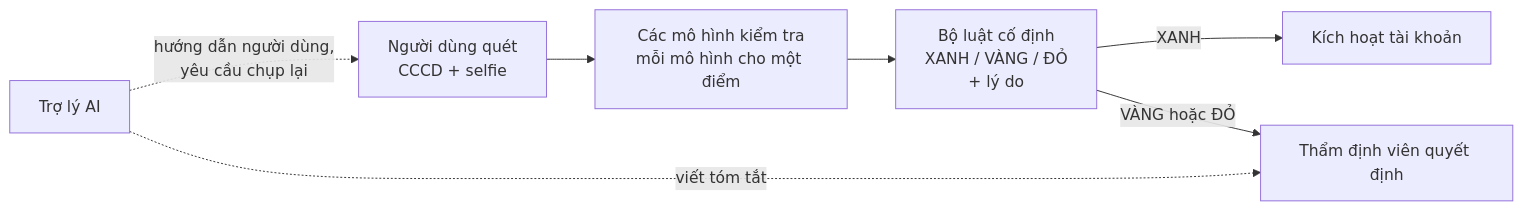
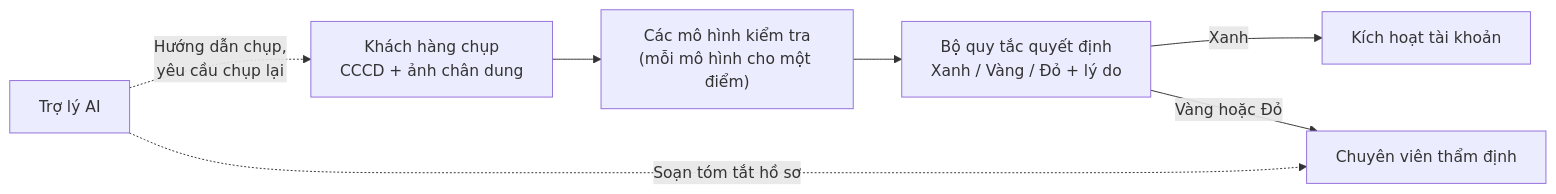
The first of 4 diagrams in README.md (shoxieje/T163-fintech-agentic-kyc-aml-prd), drawn with Mermaid before and after one commit. The commit also changed other lines of this file, not shown here.

````diff
--- a/README.md
+++ b/README.md
@@ -40,9 +50,9 @@
 ```mermaid
 flowchart LR
-  A["Người dùng quét<br/>CCCD + selfie"] --> M["Các mô hình kiểm tra<br/>mỗi mô hình cho một điểm"]
-  M --> P["Bộ luật cố định<br/>XANH / VÀNG / ĐỎ<br/>+ lý do"]
-  P -->|XANH| G["Kích hoạt tài khoản"]
-  P -->|VÀNG hoặc ĐỎ| R["Thẩm định viên quyết định"]
-  AI["Trợ lý AI"] -.->|hướng dẫn người dùng,<br/>yêu cầu chụp lại| A
-  AI -.->|viết tóm tắt| R
+  A["Khách hàng chụp<br/>CCCD + ảnh chân dung"] --> M["Các mô hình kiểm tra<br/>(mỗi mô hình cho một điểm)"]
+  M --> P["Bộ quy tắc quyết định<br/>Xanh / Vàng / Đỏ + lý do"]
+  P -->|Xanh| G["Kích hoạt tài khoản"]
+  P -->|Vàng hoặc Đỏ| R["Chuyên viên thẩm định"]
+  AI["Trợ lý AI"] -.->|Hướng dẫn chụp,<br/>yêu cầu chụp lại| A
+  AI -.->|Soạn tóm tắt hồ sơ| R
 ```
````
